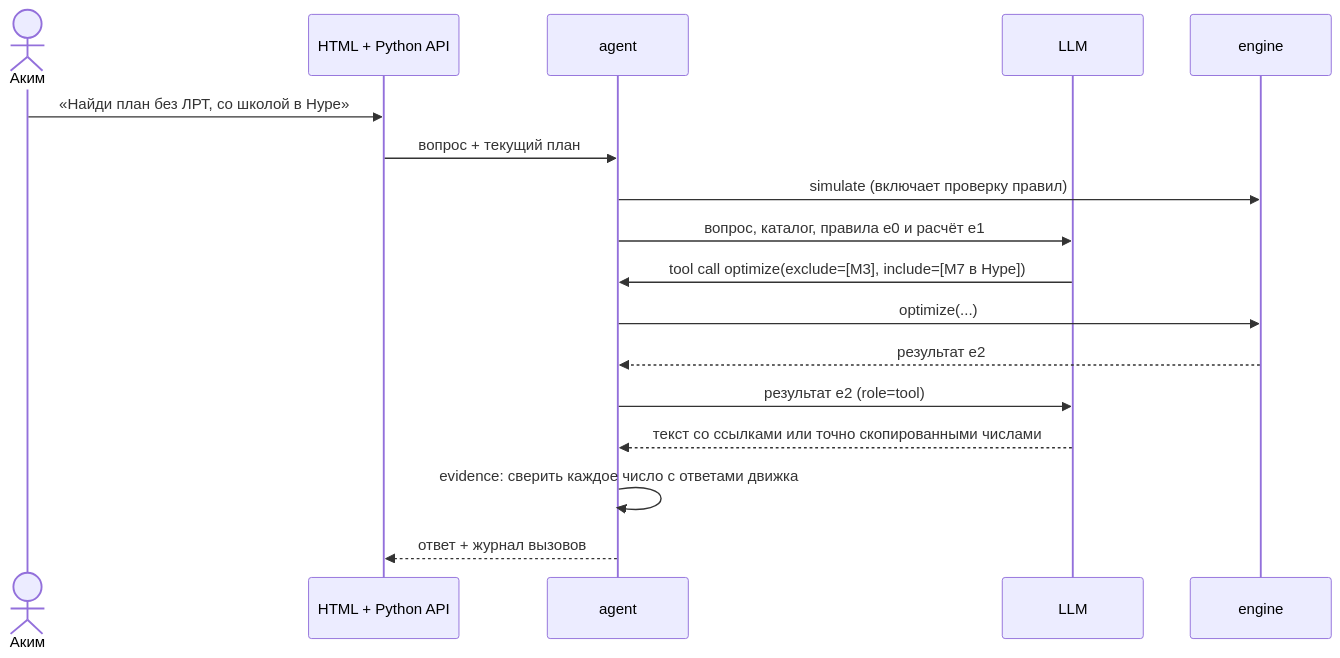
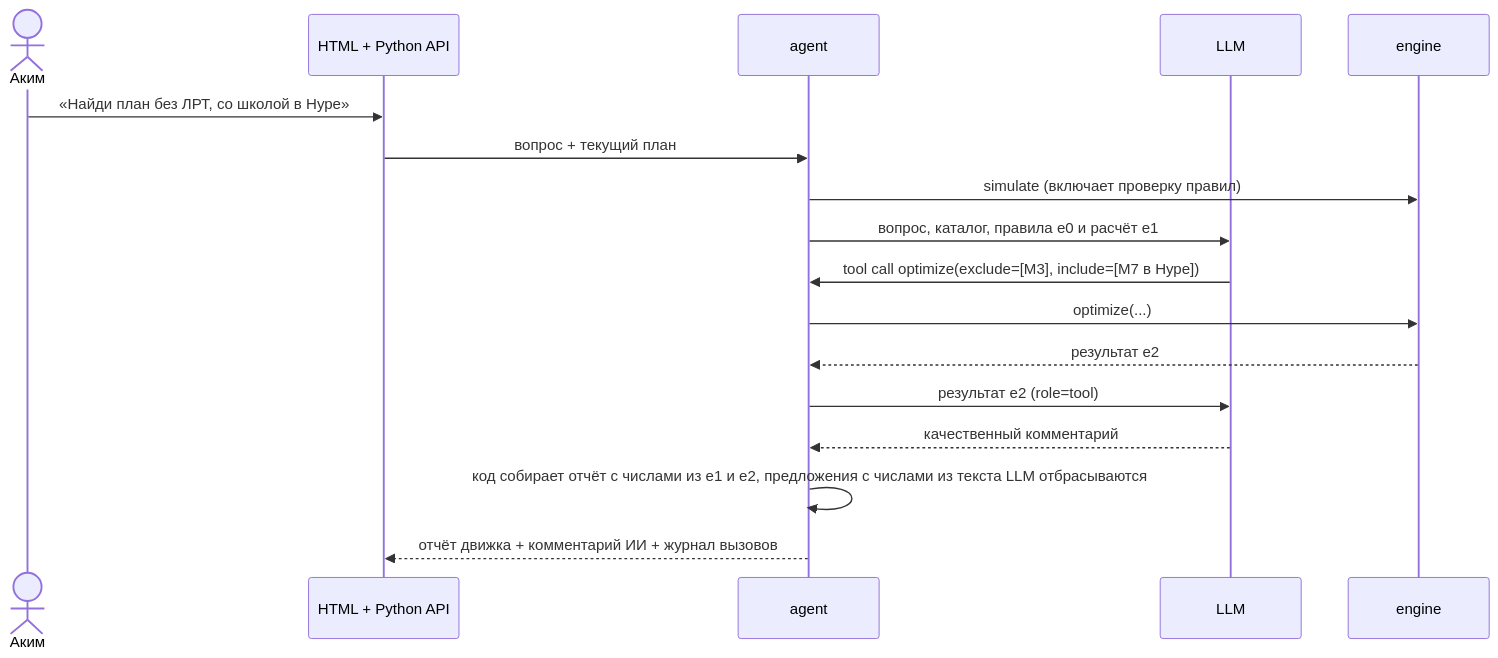
The second of 2 diagrams in README.md (BAITC-Hacks/hack-d3b2c613-stupits), drawn with Mermaid before and after one commit. The commit also changed other lines of this file and 35 other files, not shown here.

````diff
--- a/README.md
+++ b/README.md
@@ -243,19 +353,19 @@
 ```mermaid
 sequenceDiagram
     actor U as Аким
     participant UI as HTML + Python API
     participant A as agent
     participant L as LLM
     participant E as engine
     U->>UI: «Найди план без ЛРТ, со школой в Нуре»
     UI->>A: вопрос + текущий план
     A->>E: simulate (включает проверку правил)
     A->>L: вопрос, каталог, правила e0 и расчёт e1
     L->>A: tool call optimize(exclude=[M3], include=[M7 в Нуре])
     A->>E: optimize(...)
     E-->>A: результат e2
     A->>L: результат e2 (role=tool)
-    L-->>A: текст со ссылками или точно скопированными числами
-    A->>A: evidence: сверить каждое число с ответами движка
-    A-->>UI: ответ + журнал вызовов
+    L-->>A: качественный комментарий
+    A->>A: код собирает отчёт с числами из e1 и e2, предложения с числами из текста LLM отбрасываются
+    A-->>UI: отчёт движка + комментарий ИИ + журнал вызовов
 ```
````
